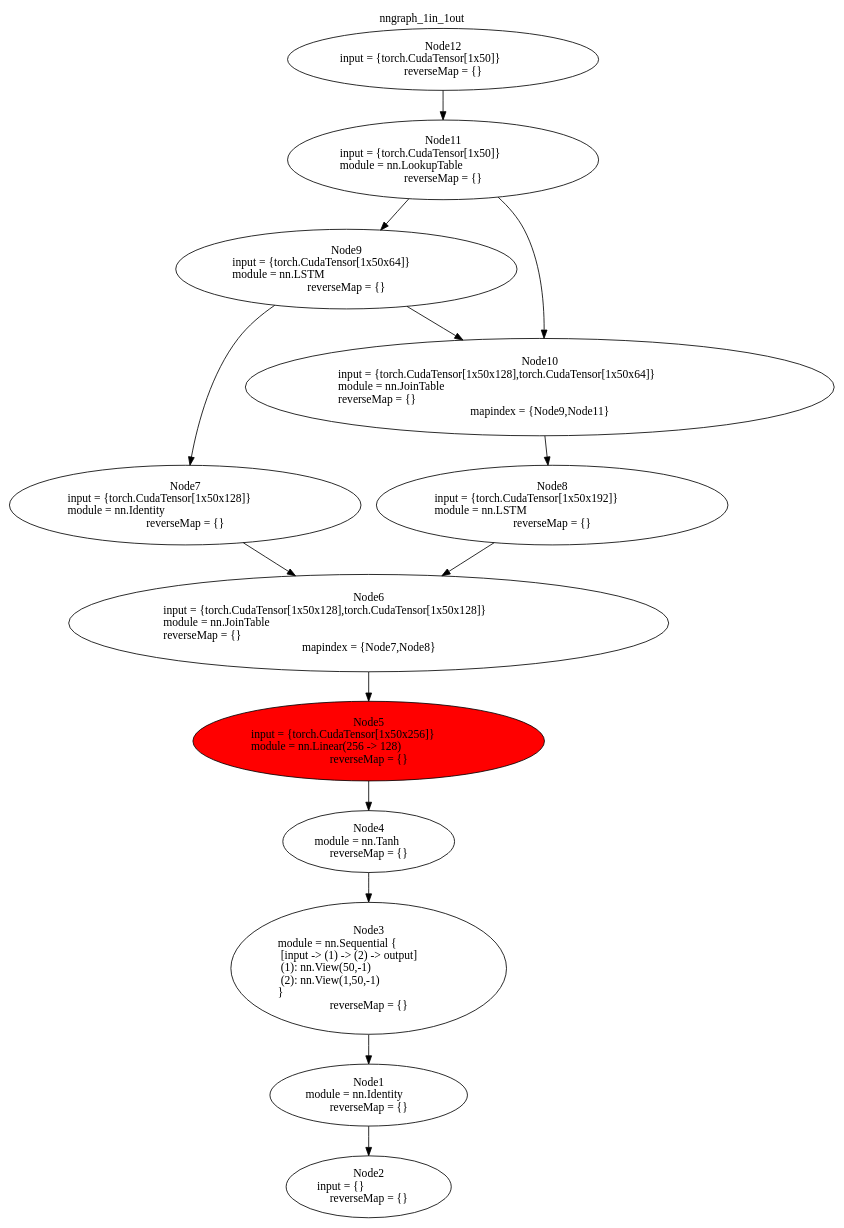
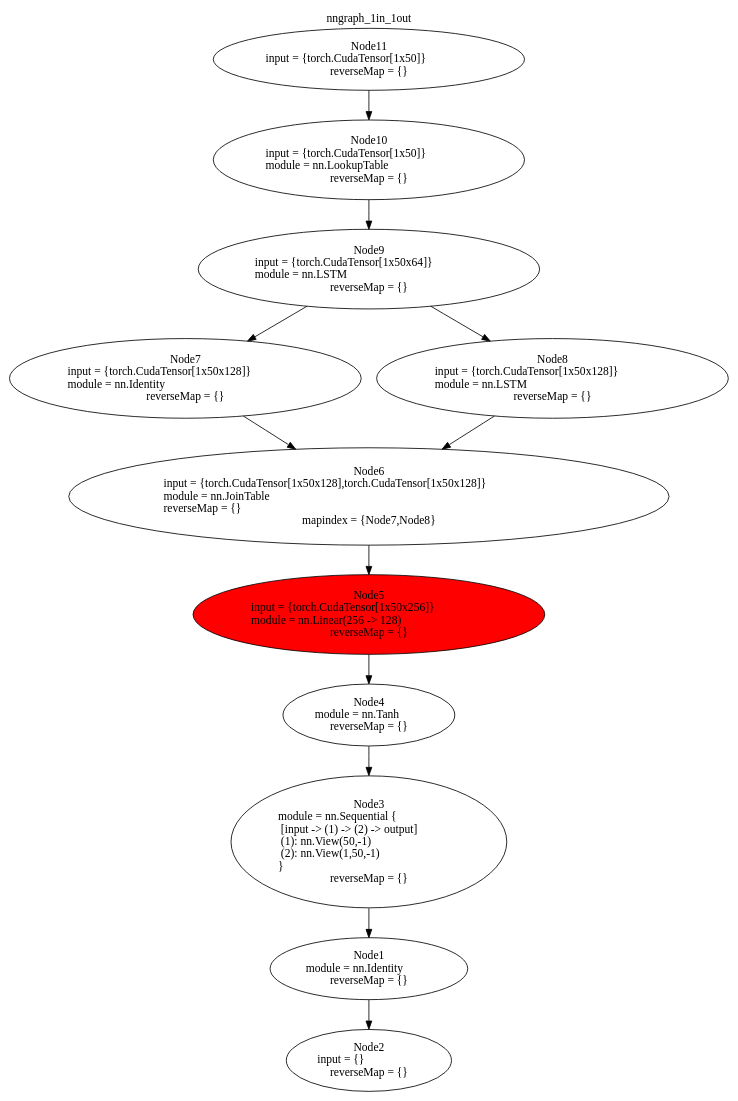
Before and after one commit to DylanAuty/torch-rnn-constrained: the diagram in nngraph_1in_1out.dot, drawn with Graphviz. The commit also changed 1 other file, not shown here.

```diff
--- a/nngraph_1in_1out.dot
+++ b/nngraph_1in_1out.dot
@@ -1,31 +1,28 @@
 digraph G {
 labelloc="t";
 label="nngraph_1in_1out";
 node [shape = oval]; 
 n1[label="Node1\nmodule = nn.Identity\lreverseMap = {}" tooltip="[./LanguageModelSkipCon.lua]:111_"];
 n2[label="Node2\ninput = {}\lreverseMap = {}" tooltip="[[C]]:-1_"];
 n3[label="Node3\nmodule = nn.Sequential {\l  [input -> (1) -> (2) -> output]\l  (1): nn.View(50,-1)\l  (2): nn.View(1,50,-1)\l}\lreverseMap = {}" tooltip="[./LanguageModelSkipCon.lua]:111_"];
 n4[label="Node4\nmodule = nn.Tanh\lreverseMap = {}" tooltip="[./LanguageModelSkipCon.lua]:95_"];
 n5[label="Node5\ninput = {torch.CudaTensor[1x50x256]}\lmodule = nn.Linear(256 -> 128)\lreverseMap = {}" tooltip="[./LanguageModelSkipCon.lua]:94_"];
 n6[label="Node6\ninput = {torch.CudaTensor[1x50x128],torch.CudaTensor[1x50x128]}\lmodule = nn.JoinTable\lreverseMap = {}\lmapindex = {Node7,Node8}" tooltip="[./LanguageModelSkipCon.lua]:85_"];
 n7[label="Node7\ninput = {torch.CudaTensor[1x50x128]}\lmodule = nn.Identity\lreverseMap = {}" tooltip="[./LanguageModelSkipCon.lua]:64_"];
-n8[label="Node8\ninput = {torch.CudaTensor[1x50x192]}\lmodule = nn.LSTM\lreverseMap = {}" tooltip="[./LanguageModelSkipCon.lua]:78_"];
+n8[label="Node8\ninput = {torch.CudaTensor[1x50x128]}\lmodule = nn.LSTM\lreverseMap = {}" tooltip="[./LanguageModelSkipCon.lua]:79_"];
 n9[label="Node9\ninput = {torch.CudaTensor[1x50x64]}\lmodule = nn.LSTM\lreverseMap = {}" tooltip="[./LanguageModelSkipCon.lua]:58_"];
-n10[label="Node10\ninput = {torch.CudaTensor[1x50x128],torch.CudaTensor[1x50x64]}\lmodule = nn.JoinTable\lreverseMap = {}\lmapindex = {Node9,Node11}" tooltip="[./LanguageModelSkipCon.lua]:78_"];
-n11[label="Node11\ninput = {torch.CudaTensor[1x50]}\lmodule = nn.LookupTable\lreverseMap = {}" tooltip="[./LanguageModelSkipCon.lua]:41_"];
-n12[label="Node12\ninput = {torch.CudaTensor[1x50]}\lreverseMap = {}" tooltip="[[C]]:-1_"];
+n10[label="Node10\ninput = {torch.CudaTensor[1x50]}\lmodule = nn.LookupTable\lreverseMap = {}" tooltip="[./LanguageModelSkipCon.lua]:41_"];
+n11[label="Node11\ninput = {torch.CudaTensor[1x50]}\lreverseMap = {}" tooltip="[[C]]:-1_"];
 n1 -> n2;
 n3 -> n1;
 n4 -> n3;
 n5 -> n4;
 n6 -> n5;
 n7 -> n6;
 n8 -> n6;
 n9 -> n7;
-n10 -> n8;
-n11 -> n9;
-n9 -> n10;
+n9 -> n8;
+n10 -> n9;
 n11 -> n10;
-n12 -> n11;
 n5[style=filled, fillcolor=red];
 }
```
